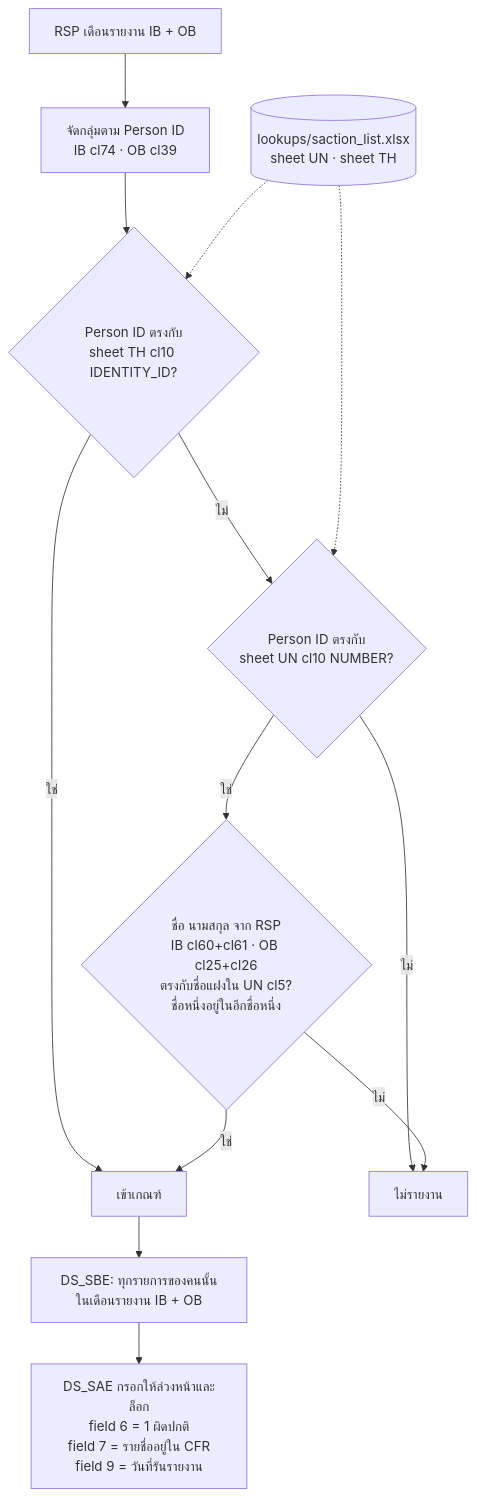
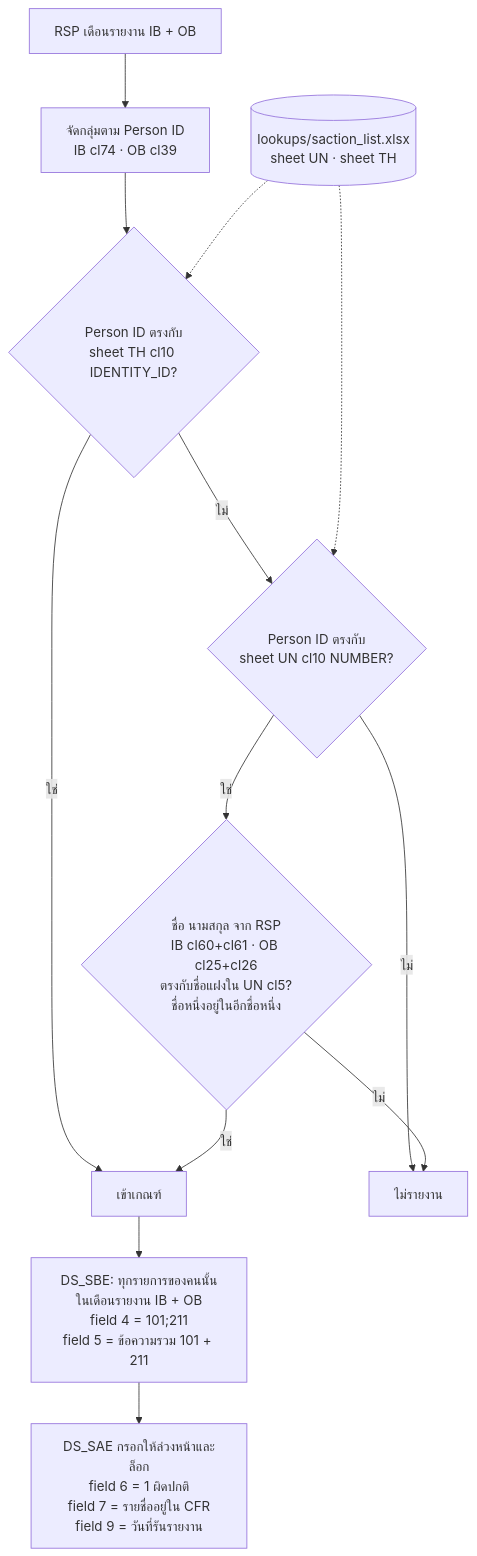
One commit to ArtSukasem/western-union-bot-report-2026 changed the third of 12 diagrams in .claude/usermanuals/rule-flowcharts-th.md. Above: the diagram before and after it, drawn with Mermaid. The commit also changed other lines of this file and 19 other files, not shown here.

````diff
--- a/.claude/usermanuals/rule-flowcharts-th.md
+++ b/.claude/usermanuals/rule-flowcharts-th.md
@@ -51,16 +51,16 @@
 ```mermaid
 flowchart TD
     A["RSP เดือนรายงาน IB + OB"] --> B["จัดกลุ่มตาม Person ID<br/>IB cl74 · OB cl39"]
     B --> C{"Person ID ตรงกับ<br/>sheet TH cl10 IDENTITY_ID?"}
     C -- ใช่ --> HIT["เข้าเกณฑ์"]
     C -- ไม่ --> D{"Person ID ตรงกับ<br/>sheet UN cl10 NUMBER?"}
     D -- ไม่ --> NO["ไม่รายงาน"]
     D -- ใช่ --> E{"ชื่อ นามสกุล จาก RSP<br/>IB cl60+cl61 · OB cl25+cl26<br/>ตรงกับชื่อแฝงใน UN cl5?<br/>ชื่อหนึ่งอยู่ในอีกชื่อหนึ่ง"}
     E -- ใช่ --> HIT
     E -- ไม่ --> NO
-    HIT --> R["DS_SBE: ทุกรายการของคนนั้นในเดือนรายงาน IB + OB"]
+    HIT --> R["DS_SBE: ทุกรายการของคนนั้นในเดือนรายงาน IB + OB<br/>field 4 = 101;211<br/>field 5 = ข้อความรวม 101 + 211"]
     R --> S["DS_SAE กรอกให้ล่วงหน้าและล็อก<br/>field 6 = 1 ผิดปกติ<br/>field 7 = รายชื่ออยู่ใน CFR<br/>field 9 = วันที่รันรายงาน"]
 
     L1[("lookups/saction_list.xlsx<br/>sheet UN · sheet TH")] -.-> C
     L1 -.-> D
 ```
````
